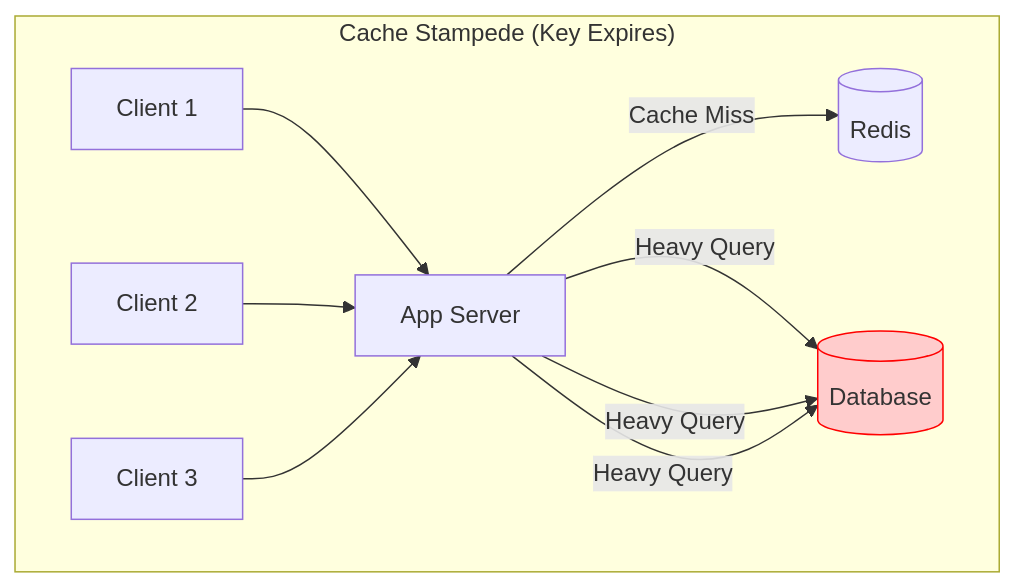
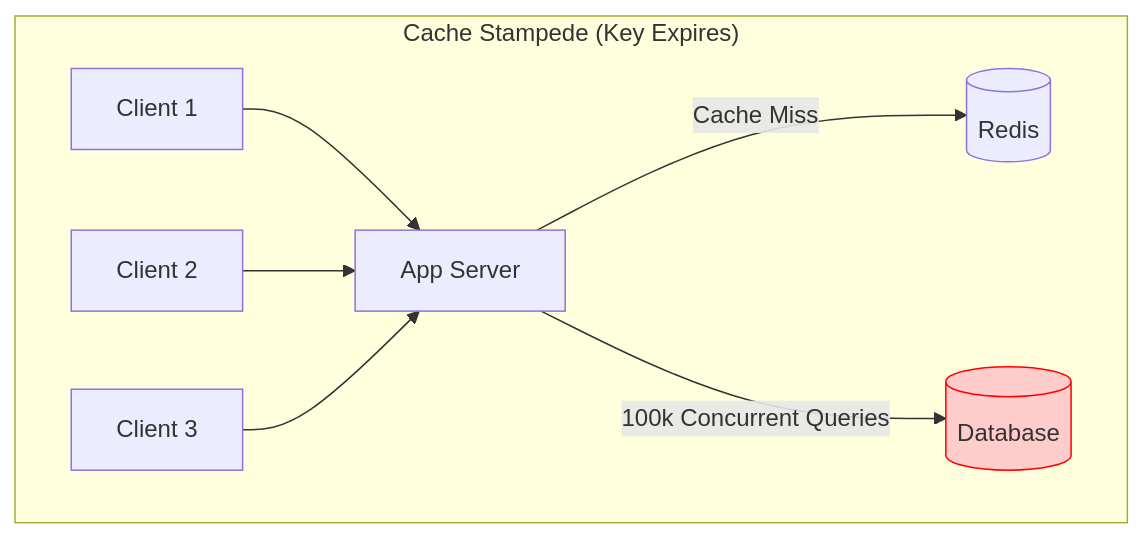
Before and after one commit to abhinnaagrawal/system-design-notes: the seventh of 17 diagrams in Building_Blocks.md, drawn with Mermaid. The commit also changed other lines of this file and 1 other file, not shown here.

````diff
--- a/Building_Blocks.md
+++ b/Building_Blocks.md
@@ -396,13 +386,11 @@
 ```mermaid
 flowchart TD
     subgraph "Cache Stampede (Key Expires)"
         C1[Client 1] --> API[App Server]
         C2[Client 2] --> API
         C3[Client 3] --> API
         API -- "Cache Miss" --> Cache[(Redis)]
-        API -- "Heavy Query" --> DB[(Database)]
-        API -- "Heavy Query" --> DB
-        API -- "Heavy Query" --> DB
+        API -- "100k Concurrent Queries" --> DB[(Database)]
         style DB fill:#ffcccc,stroke:#ff0000
     end
 ```
````
